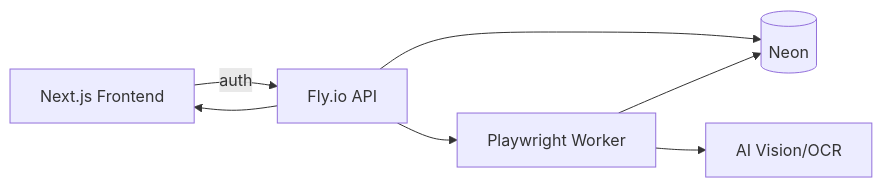
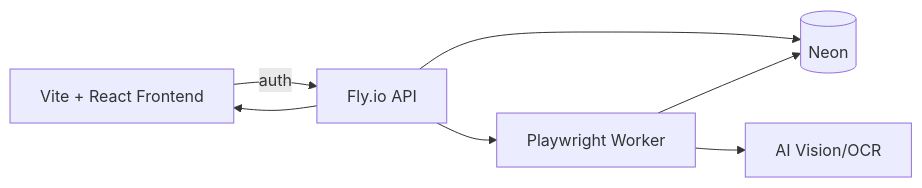
One commit to solvys/pulse changed the second of 2 diagrams in PULSE-LAYOUT-PLAN.md. Above: the diagram before and after it, drawn with Mermaid. The commit also changed other lines of this file and 15 other files, not shown here.

First line of the commit message:
[v2.24.7] feat: Transition frontend to Vite + React, update environment variables and documentation

````diff
--- a/PULSE-LAYOUT-PLAN.md
+++ b/PULSE-LAYOUT-PLAN.md
@@ -249,9 +249,9 @@
 ```mermaid
 flowchart LR
-  FE[Next.js Frontend] -->|auth| API[Fly.io API]
+  FE[Vite + React Frontend] -->|auth| API[Fly.io API]
   API --> DB[(Neon)]
   API --> Worker[Playwright Worker]
   Worker --> AI[AI Vision/OCR]
   Worker --> DB
   API --> FE
 ```
````
